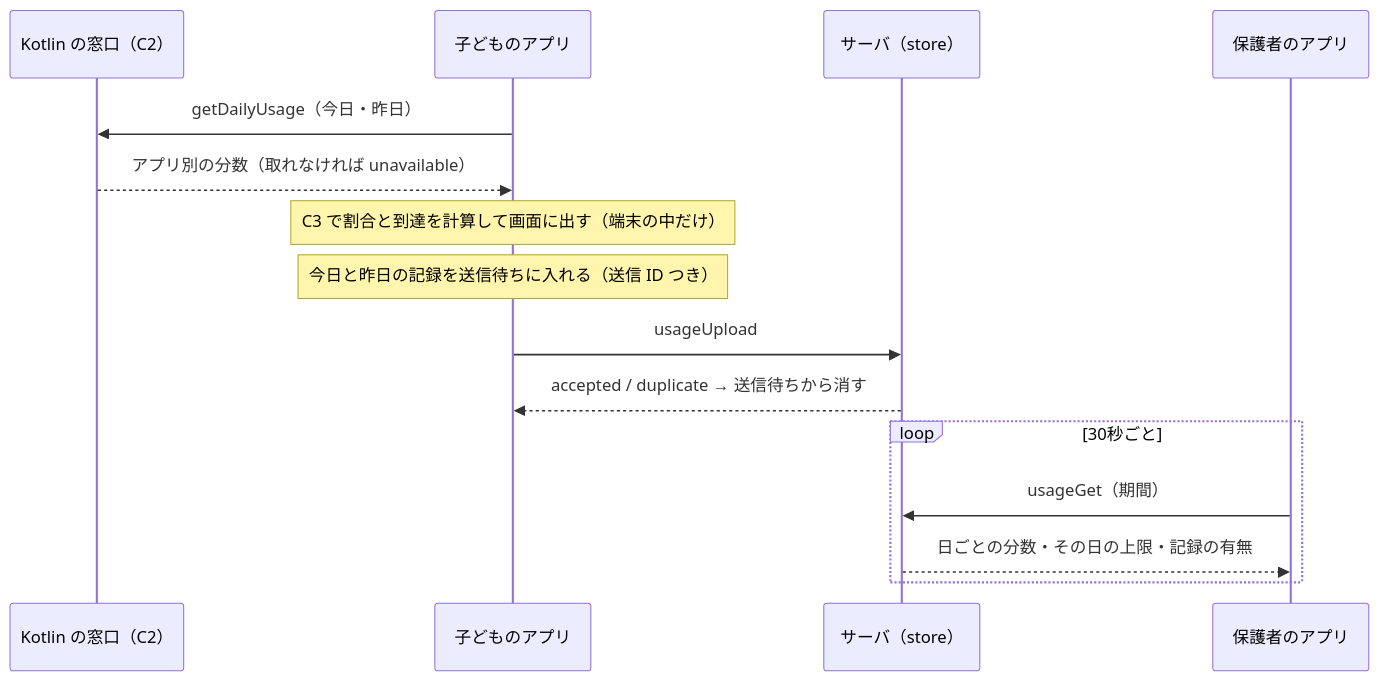
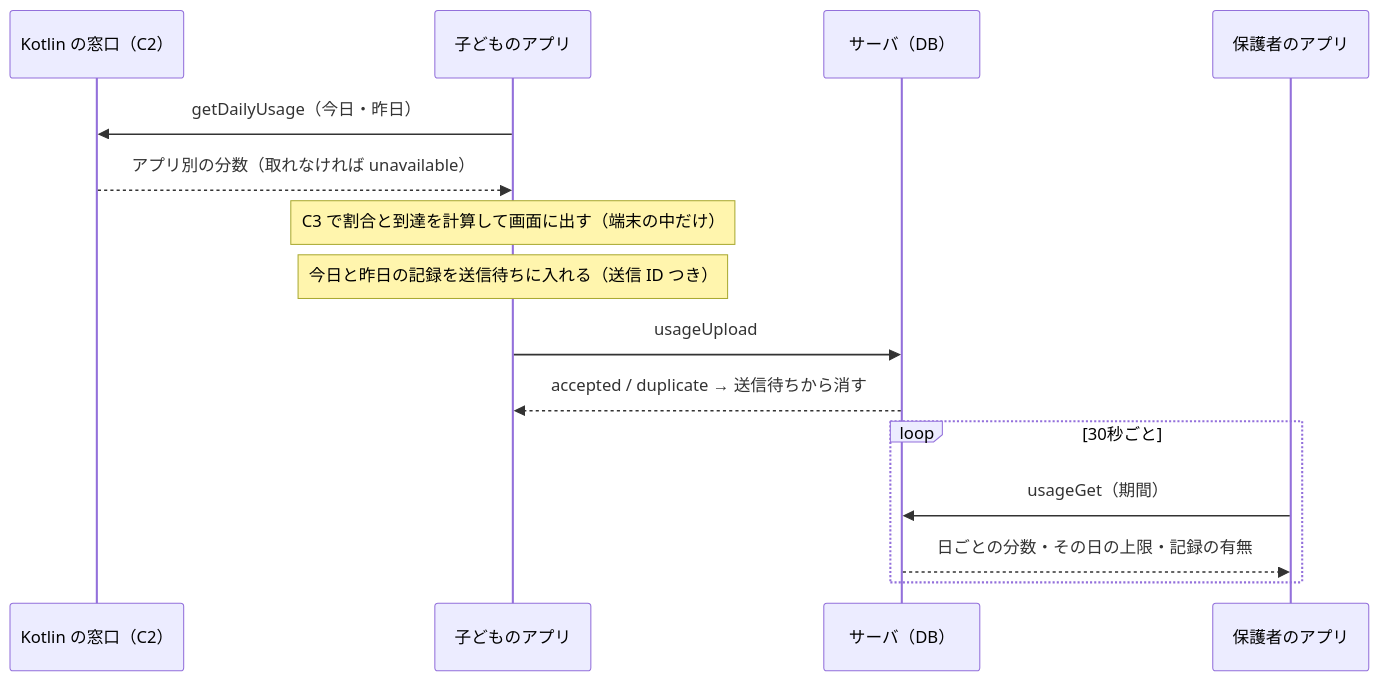
Before and after one commit to jphacks/sp_2602: the third of 3 diagrams in docs/architecture.md, drawn with Mermaid. The commit also changed other lines of this file and 71 other files, not shown here.

````diff
--- a/docs/architecture.md
+++ b/docs/architecture.md
@@ -109,17 +111,17 @@
 ```mermaid
 sequenceDiagram
   participant K as Kotlin の窓口（C2）
   participant C as 子どものアプリ
-  participant S as サーバ（store）
+  participant S as サーバ（DB）
   participant P as 保護者のアプリ
   C->>K: getDailyUsage（今日・昨日）
   K-->>C: アプリ別の分数（取れなければ unavailable）
   Note over C: C3 で割合と到達を計算して画面に出す（端末の中だけ）
   Note over C: 今日と昨日の記録を送信待ちに入れる（送信 ID つき）
   C->>S: usageUpload
   S-->>C: accepted / duplicate → 送信待ちから消す
   loop 30秒ごと
     P->>S: usageGet（期間）
     S-->>P: 日ごとの分数・その日の上限・記録の有無
   end
 ```
````
